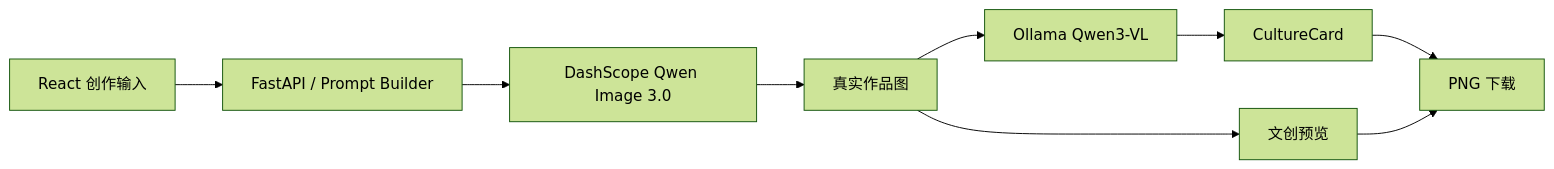
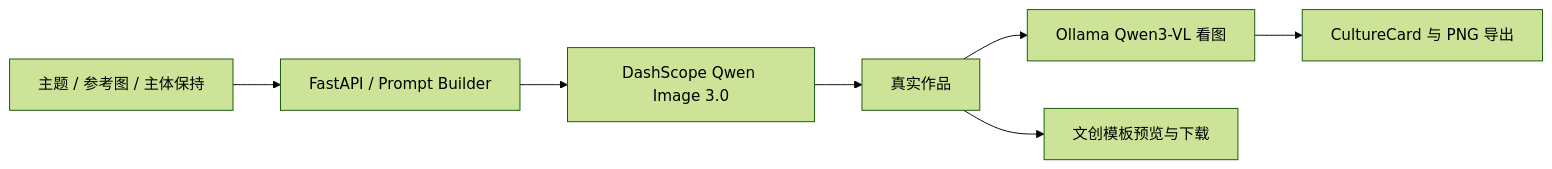
Before and after one commit to 3331083641-prog/wenmai-huazhang: the diagram in README.md, drawn with Mermaid (forest theme). The commit also changed other lines of this file and 69 other files, not shown here.

````diff
--- a/README.md
+++ b/README.md
@@ -52,11 +52,9 @@
 ```mermaid
 flowchart LR
-  A[React 创作输入] --> B[FastAPI / Prompt Builder]
+  A[主题 / 参考图 / 主体保持] --> B[FastAPI / Prompt Builder]
   B --> C[DashScope Qwen Image 3.0]
-  C --> D[真实作品图]
-  D --> E[Ollama Qwen3-VL]
-  E --> F[CultureCard]
-  D --> G[文创预览]
-  F --> H[PNG 下载]
-  G --> H
+  C --> D[真实作品]
+  D --> E[Ollama Qwen3-VL 看图]
+  E --> F[CultureCard 与 PNG 导出]
+  D --> G[文创模板预览与下载]
 ```
````
